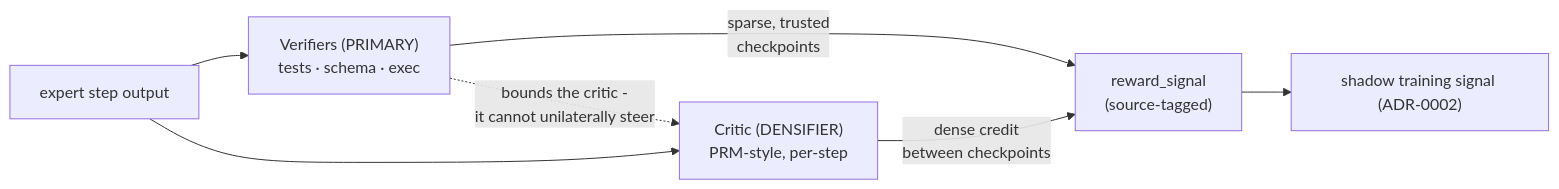
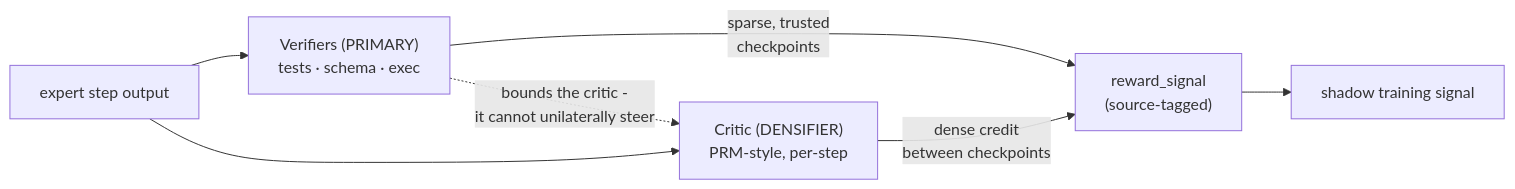
The ninth of 15 diagrams in docs/diagrams.md (albedosehen/antumbra), drawn with Mermaid before and after one commit. The commit also changed other lines of this file and 93 other files, not shown here.

````diff
--- a/docs/diagrams.md
+++ b/docs/diagrams.md
@@ -205,9 +204,9 @@
 ```mermaid
 flowchart LR
     step["expert step output"] --> V["Verifiers (PRIMARY)<br/>tests · schema · exec"]
     step --> C["Critic (DENSIFIER)<br/>PRM-style, per-step"]
     V -->|"sparse, trusted<br/>checkpoints"| AGG["reward_signal<br/>(source-tagged)"]
     C -->|"dense credit<br/>between checkpoints"| AGG
-    AGG --> SH["shadow training signal (ADR-0002)"]
+    AGG --> SH["shadow training signal"]
     V -. "bounds the critic - <br/>it cannot unilaterally steer" .-> C
 ```
````
